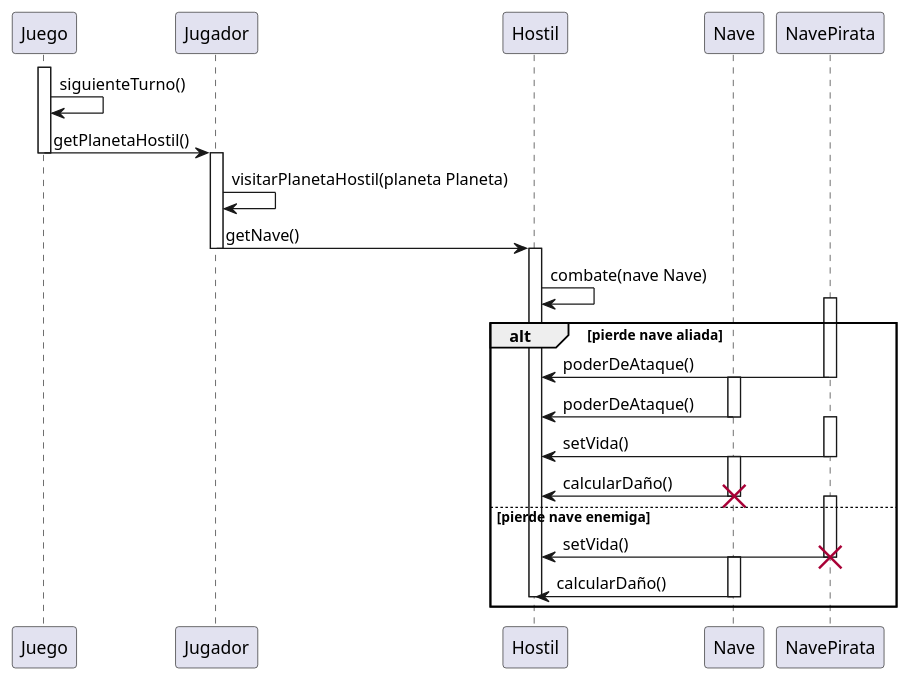
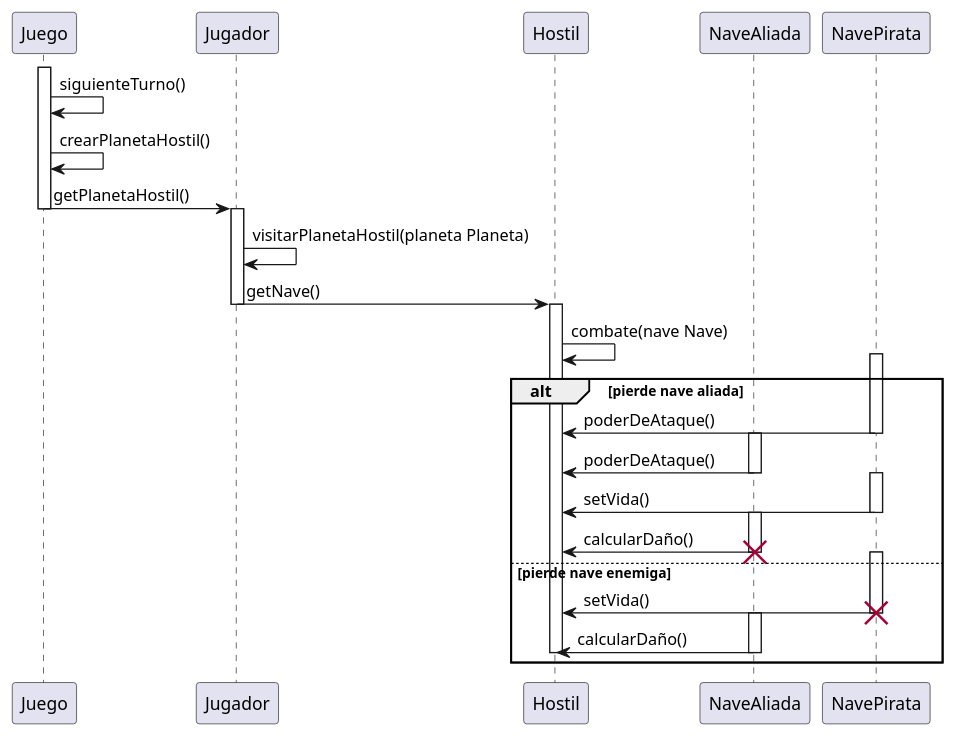
The diagram in src/TPO_classDiagram/TPO_SequenceDiagramCombat.puml (ianlio-git/LostGalaxy), drawn with PlantUML before and after one commit. The commit also changed 2 other files, not shown here.

Commit message:
diagramas de secuencia terminados

```diff
--- a/src/TPO_classDiagram/TPO_SequenceDiagramCombat.puml
+++ b/src/TPO_classDiagram/TPO_SequenceDiagramCombat.puml
@@ -1,44 +1,46 @@
 @startuml
 participant Juego
 participant Jugador
 participant Hostil
-participant Nave
+participant NaveAliada
 participant NavePirata
 
 activate Juego
 deactivate Juego
 Juego -> Juego: siguienteTurno()
+Juego -> Juego: crearPlanetaHostil()
 Juego -> Jugador: getPlanetaHostil()
+
 deactivate Juego
 activate Jugador
 Jugador -> Jugador: visitarPlanetaHostil(planeta Planeta)
 Jugador -> Hostil: getNave()
 deactivate Jugador
 
 activate Hostil
 Hostil -> Hostil: combate(nave Nave)
 alt pierde nave aliada
     activate NavePirata
     NavePirata -> Hostil: poderDeAtaque()
     deactivate NavePirata
-    activate Nave
-    Nave -> Hostil: poderDeAtaque()
-    deactivate Nave
+    activate NaveAliada
+    NaveAliada -> Hostil: poderDeAtaque()
+    deactivate NaveAliada
     activate NavePirata
     NavePirata -> Hostil: setVida()
     deactivate NavePirata
-    activate Nave
-    Nave -> Hostil: calcularDaño()
-    destroy Nave
-    deactivate Nave
+    activate NaveAliada
+    NaveAliada -> Hostil: calcularDaño()
+    destroy NaveAliada
+    deactivate NaveAliada
 else pierde nave enemiga
     activate NavePirata
     NavePirata -> Hostil: setVida()
     destroy NavePirata
     deactivate NavePirata
-    activate Nave
-    Nave -> Hostil: calcularDaño()
-    deactivate Nave
+    activate NaveAliada
+    NaveAliada -> Hostil: calcularDaño()
+    deactivate NaveAliada
     deactivate Hostil
 end
 @enduml
```
